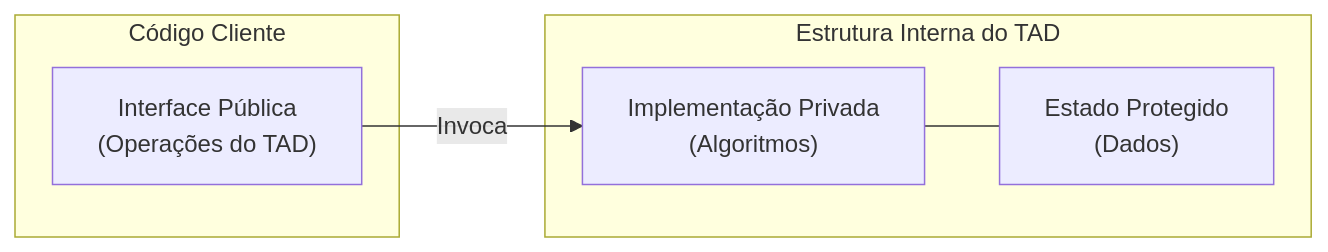
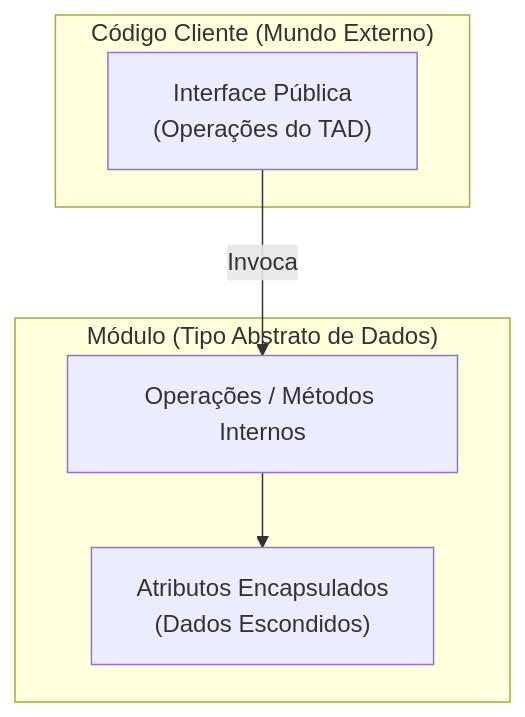
Before and after one commit to leorruas/puc: the third of 3 diagrams in 01. Programacao Modular/01. Introdução à programação modular.md, drawn with Mermaid. The commit also changed 2 other files, not shown here.

Commit message:
refactor(diagrams): audita e refatora todos os diagramas Mermaid para flowchart TD vertical e subgraphs empilhados conforme a Regra 9 estrita

````diff
--- a/01. Programacao Modular/01. Introdução à programação modular.md
+++ b/01. Programacao Modular/01. Introdução à programação modular.md
@@ -110,11 +110,14 @@
 ```mermaid
-graph LR
-    subgraph Cliente ["Código Cliente"]
+flowchart TD
+    subgraph MundoExterno ["Código Cliente (Mundo Externo)"]
         A["Interface Pública<br>(Operações do TAD)"]
     end
     
-    subgraph Interno ["Estrutura Interna do TAD"]
-        A -->|Invoca| B["Implementação Privada<br>(Algoritmos)"]
-        B --- C["Estado Protegido<br>(Dados)"]
+    subgraph ModuloTAD ["Módulo (Tipo Abstrato de Dados)"]
+        B["Operações / Métodos Internos"]
+        C["Atributos Encapsulados<br>(Dados Escondidos)"]
+        B --> C
     end
+
+    A -->|Invoca| B
 ```
````
